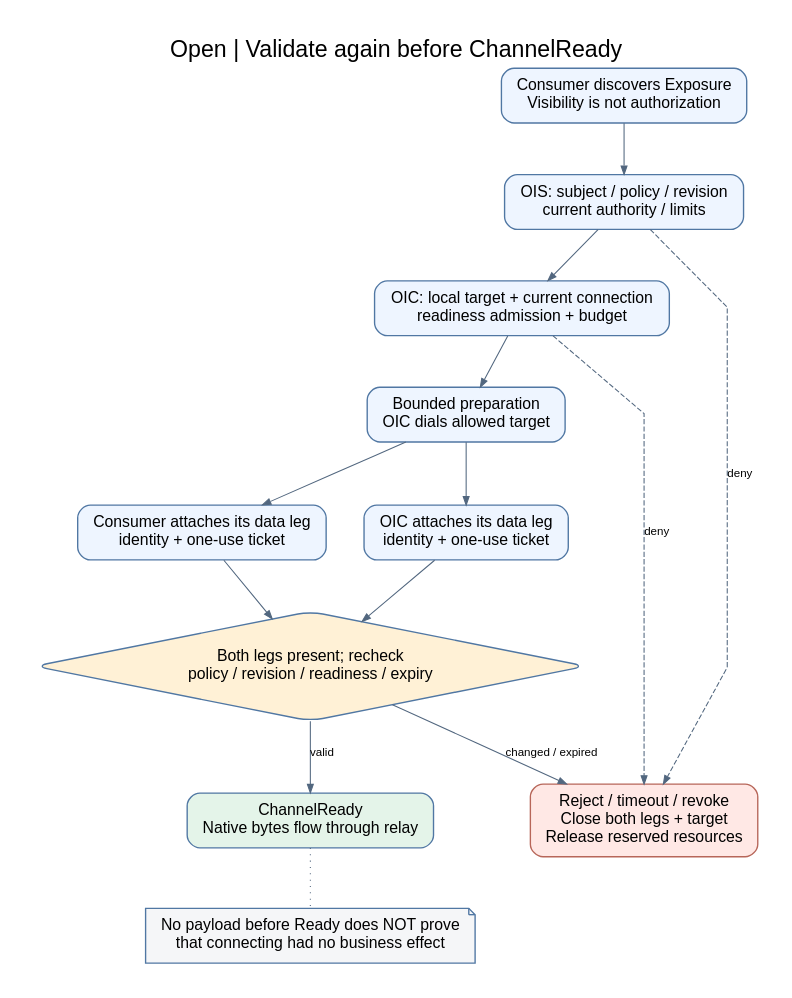
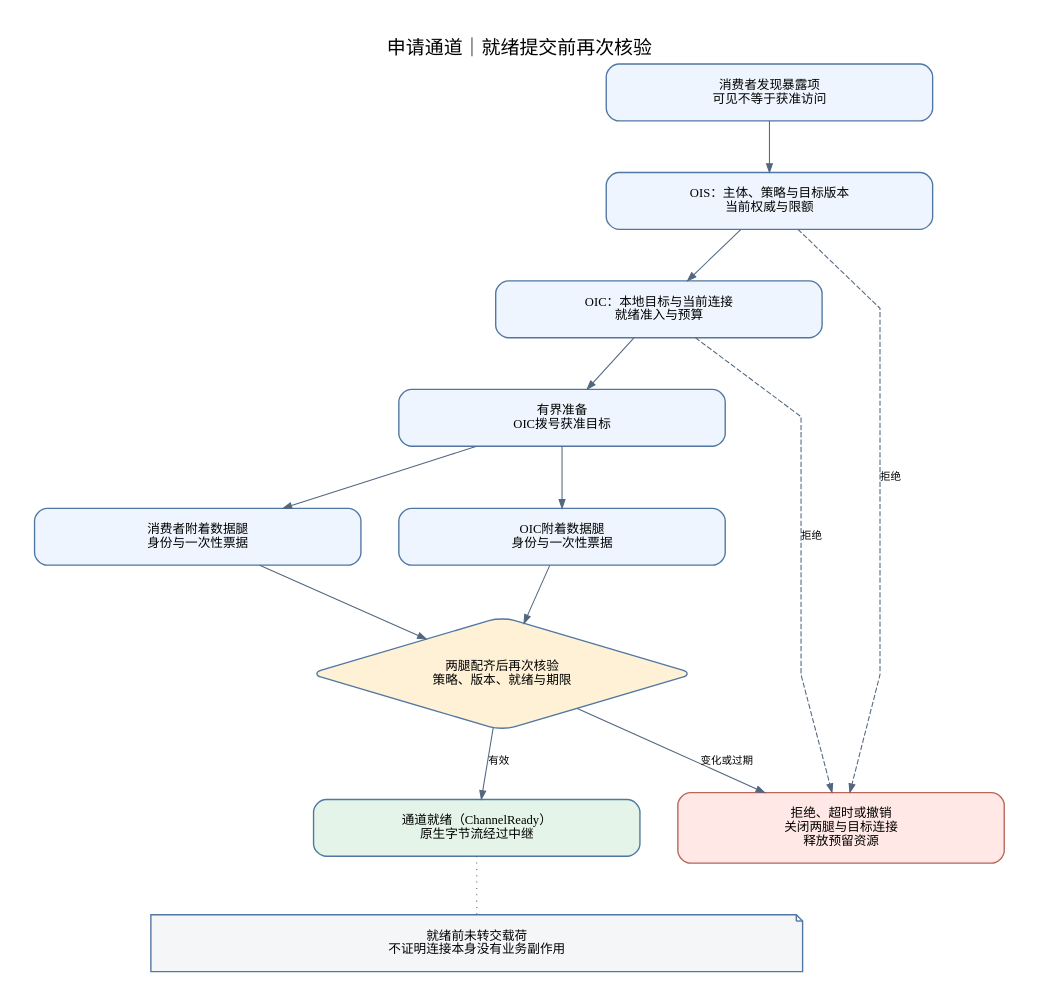
The diagram in docs/architecture/diagrams/v0.7/02-open-sequence.dot (wyw-ai/loom-oi), drawn with Graphviz before and after one commit. The commit also changed 76 other files, not shown here.

```diff
--- a/docs/architecture/diagrams/v0.7/02-open-sequence.dot
+++ b/docs/architecture/diagrams/v0.7/02-open-sequence.dot
@@ -1,23 +1,23 @@
 digraph G {
-graph [bgcolor="white",pad="0.35",nodesep="0.5",ranksep="0.65",fontname="Arial",fontsize=22,labelloc="t",splines=polyline];
-node [shape=box,style="rounded,filled",fillcolor="#eef5ff",color="#5077a3",fontname="Arial",fontsize=15,margin="0.2,0.12",penwidth=1.3];
-edge [color="#52677f",fontname="Arial",fontsize=11,arrowsize=0.8];
-rankdir=TB;label="Open | Validate again before ChannelReady";
- discover[label="Consumer discovers Exposure\nVisibility is not authorization"];
- auth[label="OIS: subject / policy / revision\ncurrent authority / limits"];
- local[label="OIC: local target + current connection\nreadiness admission + budget"];
- prep[label="Bounded preparation\nOIC dials allowed target"];
- consumer[label="Consumer attaches its data leg\nidentity + one-use ticket"];
- provider[label="OIC attaches its data leg\nidentity + one-use ticket"];
- check[label="Both legs present; recheck\npolicy / revision / readiness / expiry",shape=diamond,fillcolor="#fff1d6"];
- open[label="ChannelReady\nNative bytes flow through relay",fillcolor="#e4f4e9"];
- reject[label="Reject / timeout / revoke\nClose both legs + target\nRelease reserved resources",fillcolor="#ffe8e5",color="#b76659"];
- note[label="No payload before Ready does NOT prove\nthat connecting had no business effect",shape=note,fillcolor="#f5f6f8"];
+graph [bgcolor="white",pad="0.35",nodesep="0.5",ranksep="0.65",fontname="Noto Sans SC",fontsize=18,labelloc="t",splines=polyline];
+node [shape=box,style="rounded,filled",fillcolor="#eef5ff",color="#5077a3",fontname="Noto Sans SC",fontsize=12,width=4.3,margin="0.35,0.2",penwidth=1.3];
+edge [color="#52677f",fontname="Noto Sans SC",fontsize=10,arrowsize=0.8];
+rankdir=TB;label="申请通道｜就绪提交前再次核验";
+ discover[label="消费者发现暴露项\n可见不等于获准访问"];
+ auth[label="OIS：主体、策略与目标版本\n当前权威与限额"];
+ local[label="OIC：本地目标与当前连接\n就绪准入与预算"];
+ prep[label="有界准备\nOIC拨号获准目标"];
+ consumer[label="消费者附着数据腿\n身份与一次性票据"];
+ provider[label="OIC附着数据腿\n身份与一次性票据"];
+ check[label="两腿配齐后再次核验\n策略、版本、就绪与期限",shape=diamond,fillcolor="#fff1d6"];
+ open[label="通道就绪（ChannelReady）\n原生字节流经过中继",fillcolor="#e4f4e9"];
+ reject[label="拒绝、超时或撤销\n关闭两腿与目标连接\n释放预留资源",fillcolor="#ffe8e5",color="#b76659"];
+ note[label="就绪前未转交载荷\n不证明连接本身没有业务副作用",width=8.6,shape=note,fillcolor="#f5f6f8"];
  discover->auth->local->prep;
  prep->consumer;prep->provider;{rank=same;consumer;provider;}
  consumer->check;provider->check;
- check->open[label="valid"];check->reject[label="changed / expired"];
- auth->reject[label="deny",style=dashed];local->reject[label="deny",style=dashed];
+ check->open[label="有效"];check->reject[label="变化或过期"];
+ auth->reject[label="拒绝",style=dashed];local->reject[label="拒绝",style=dashed];
  open->note[style=dotted,arrowhead=none];
 
 }
```
